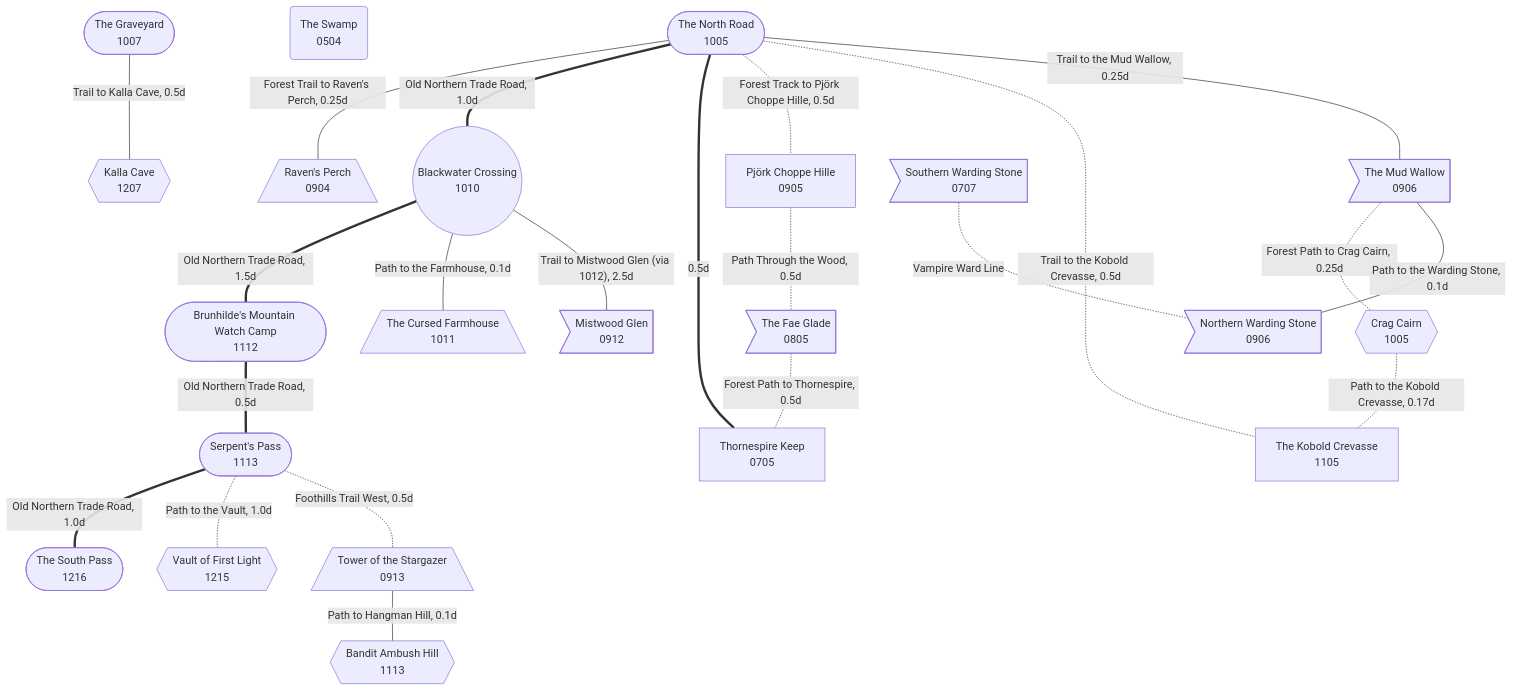
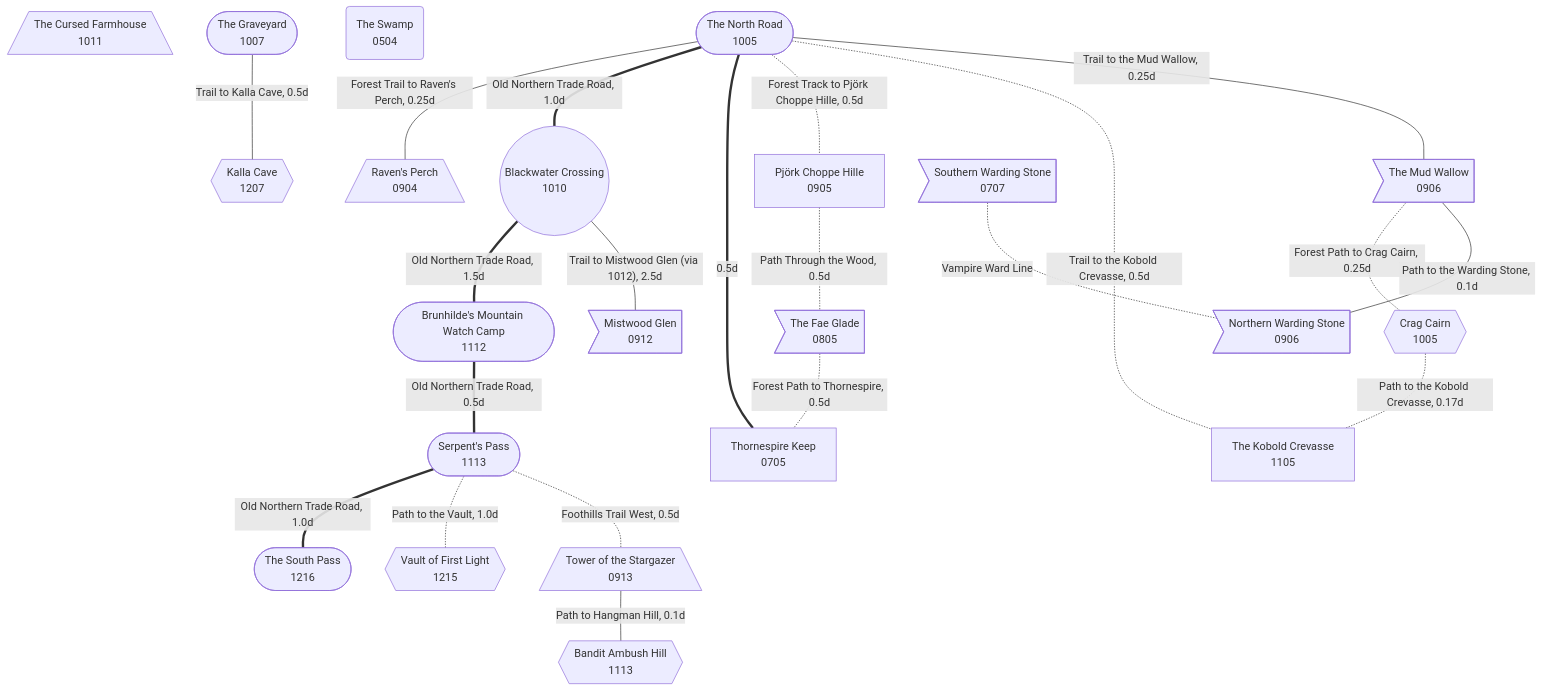
Before and after one commit to paulabrams/open-world-map: the diagram in maps/Basilisk/Basilisk-graph.mmd, drawn with Mermaid. The commit also changed 1 other file, not shown here.

Commit message:
Remove BC→Cursed Farmhouse link, regenerate mermaid
Adjacent hex (1011) doesn't need an explicit link — hex adjacency
is the connection. Consistent with terrain-only approach for farms,
forest, and crags.

```diff
--- a/maps/Basilisk/Basilisk-graph.mmd
+++ b/maps/Basilisk/Basilisk-graph.mmd
@@ -1,48 +1,45 @@
 graph TD
-    %% Shapes: (()) heart, [] fortress/settlement, {{}} dungeon/lair, >] sanctuary, ([]) waypoint, [//] tower/ruin
 
     blackwater_crossing(("Blackwater Crossing\n1010"))
     abandoned_farmhouse[/"The Cursed Farmhouse\n1011"\]
     graveyard(["The Graveyard\n1007"])
     kalla_cave{{"Kalla Cave\n1207"}}
     mud_wallow>"The Mud Wallow\n0906"]
     pjork_choppe_hille["Pjörk Choppe Hille\n0905"]
     crag_cairn{{"Crag Cairn\n1005"}}
     kobold_crevasse["The Kobold Crevasse\n1105"]
     fae_glade>"The Fae Glade\n0805"]
     thornespire_keep["Thornespire Keep\n0705"]
     ravens_perch[/"Raven's Perch\n0904"\]
     the_swamp("The Swamp\n0504")
     mistwood_glen>"Mistwood Glen\n0912"]
     south_road_mountain_watch(["Brunhilde's Mountain Watch Camp\n1112"])
     serpents_pass(["Serpent's Pass\n1113"])
     bandit_camp{{"Bandit Ambush Hill\n1113"}}
     tower_of_stargazer[/"Tower of the Stargazer\n0913"\]
     vault_of_first_light{{"Vault of First Light\n1215"}}
     north_road(["The North Road\n1005"])
     south_pass(["The South Pass\n1216"])
     northern_warding_stone>"Northern Warding Stone\n0906"]
     southern_warding_stone>"Southern Warding Stone\n0707"]
 
-    %% Links: === road, --- trail, -.- wilderness
     blackwater_crossing ===|"Old Northern Trade Road, 1.5d"| south_road_mountain_watch
     south_road_mountain_watch ===|"Old Northern Trade Road, 0.5d"| serpents_pass
     serpents_pass ===|"Old Northern Trade Road, 1.0d"| south_pass
     pjork_choppe_hille -.-|"Path Through the Wood, 0.5d"| fae_glade
     fae_glade -.-|"Forest Path to Thornespire, 0.5d"| thornespire_keep
     mud_wallow -.-|"Forest Path to Crag Cairn, 0.25d"| crag_cairn
     crag_cairn -.-|"Path to the Kobold Crevasse, 0.17d"| kobold_crevasse
     north_road ---|"Forest Trail to Raven's Perch, 0.25d"| ravens_perch
-    blackwater_crossing ---|"Path to the Farmhouse, 0.1d"| abandoned_farmhouse
     blackwater_crossing ---|"Trail to Mistwood Glen (via 1012), 2.5d"| mistwood_glen
     serpents_pass -.-|"Path to the Vault, 1.0d"| vault_of_first_light
     serpents_pass -.-|"Foothills Trail West, 0.5d"| tower_of_stargazer
     tower_of_stargazer ---|"Path to Hangman Hill, 0.1d"| bandit_camp
     mud_wallow ---|"Path to the Warding Stone, 0.1d"| northern_warding_stone
     southern_warding_stone -.-|"Vampire Ward Line"| northern_warding_stone
     north_road ===|"Old Northern Trade Road, 1.0d"| blackwater_crossing
     graveyard ---|"Trail to Kalla Cave, 0.5d"| kalla_cave
     north_road ===|"0.5d"| thornespire_keep
     north_road -.-|"Forest Track to Pjörk Choppe Hille, 0.5d"| pjork_choppe_hille
     north_road -.-|"Trail to the Kobold Crevasse, 0.5d"| kobold_crevasse
     north_road ---|"Trail to the Mud Wallow, 0.25d"| mud_wallow
```
